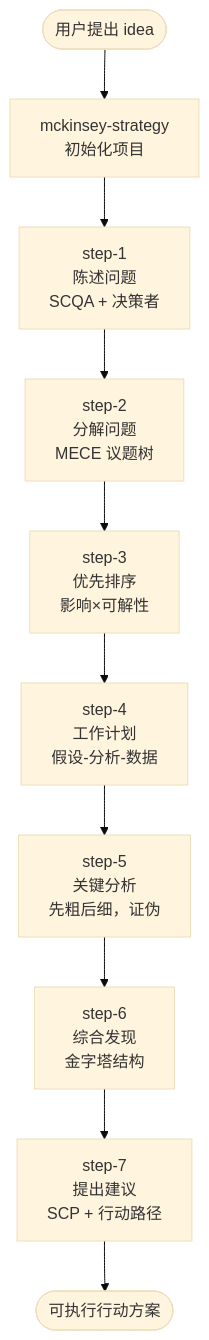
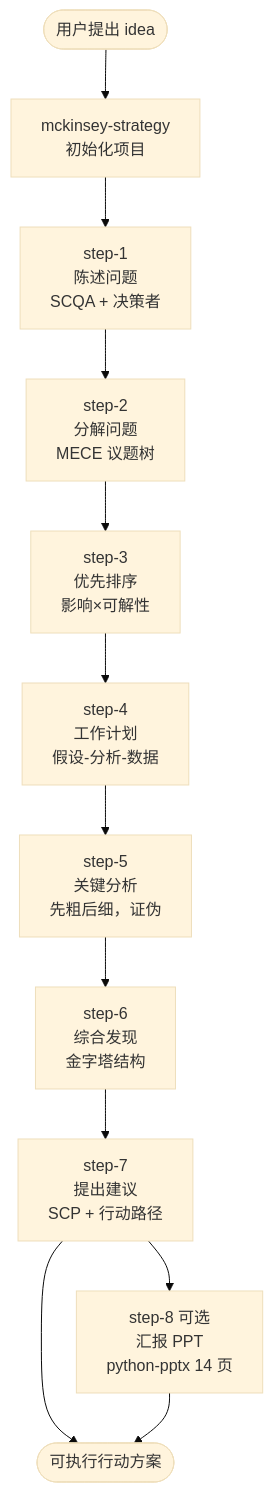
Before and after one commit to wheatli/mckinsey-7-strategy: the diagram in skills/mckinsey-strategy/SKILL.md, drawn with Mermaid (base theme). The commit also changed other lines of this file and 4 other files, not shown here.

First line of the commit message:
feat(step-8-ppt): 新增可选 step-8 汇报 PPT 技能

````diff
--- a/skills/mckinsey-strategy/SKILL.md
+++ b/skills/mckinsey-strategy/SKILL.md
@@ -23,12 +23,14 @@
 ```mermaid
 flowchart TD
     Idea([用户提出 idea]) --> Init[mckinsey-strategy<br/>初始化项目]
     Init --> S1[step-1<br/>陈述问题<br/>SCQA + 决策者]
     S1 --> S2[step-2<br/>分解问题<br/>MECE 议题树]
     S2 --> S3[step-3<br/>优先排序<br/>影响×可解性]
     S3 --> S4[step-4<br/>工作计划<br/>假设-分析-数据]
     S4 --> S5[step-5<br/>关键分析<br/>先粗后细，证伪]
     S5 --> S6[step-6<br/>综合发现<br/>金字塔结构]
     S6 --> S7[step-7<br/>提出建议<br/>SCP + 行动路径]
+    S7 --> S8[step-8 可选<br/>汇报 PPT<br/>python-pptx 14 页]
     S7 --> Done([可执行行动方案])
+    S8 --> Done
 ```
````
